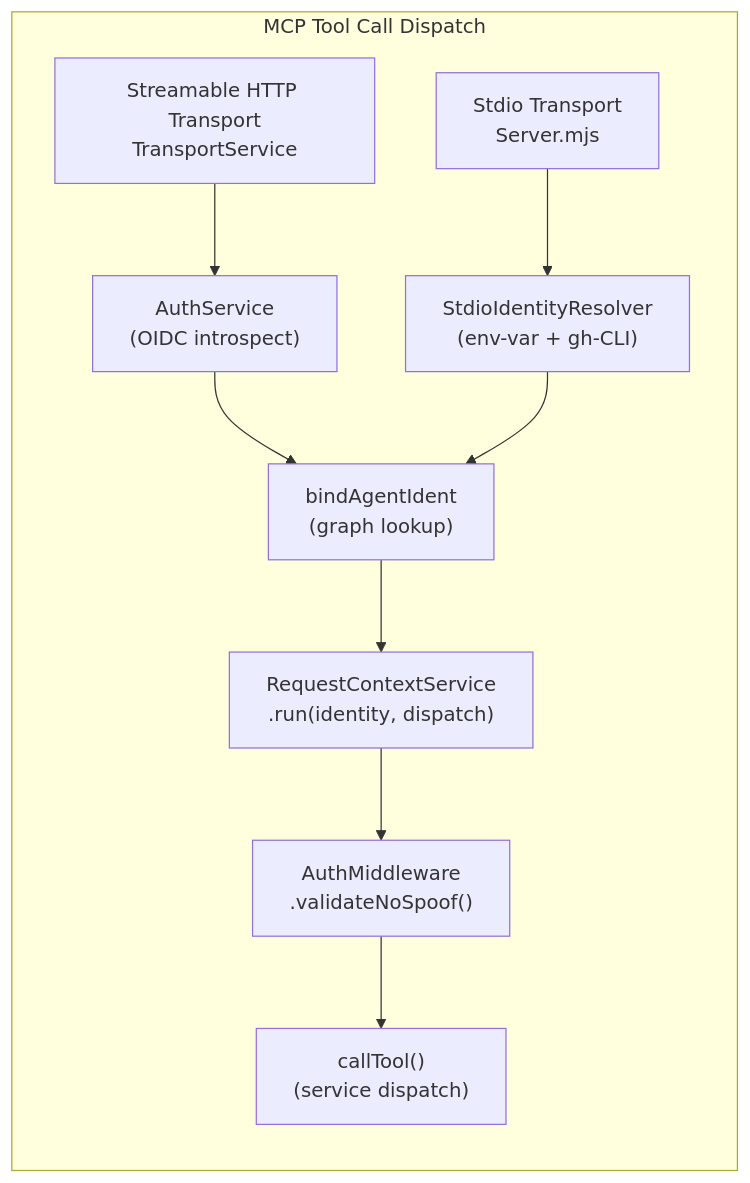
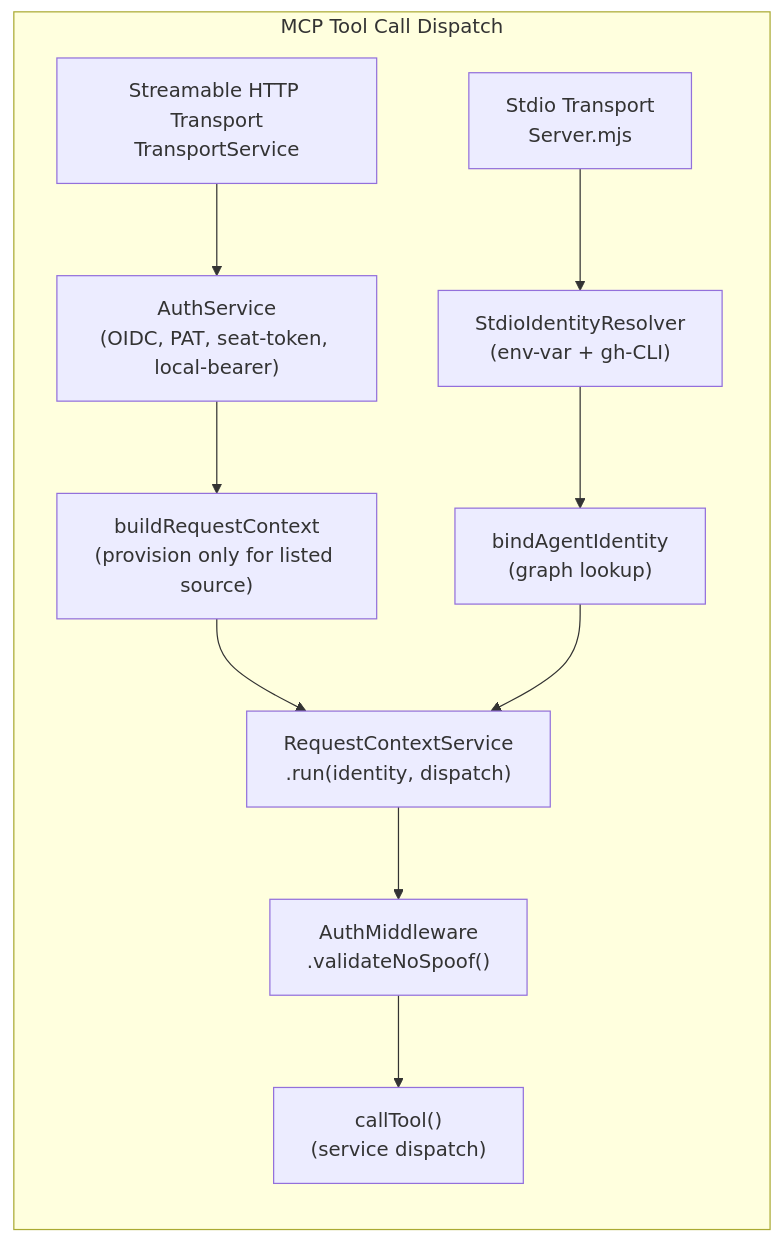
One commit to neomjs/neo-agent-brain changed the diagram in learn/agentos/tooling/MemoryCoreMcpAuth.md. Above: the diagram before and after it, drawn with Mermaid. The commit also changed other lines of this file, not shown here.

Commit message:
docs(memory-core): align auth reference with credential identity (#708) (#709)

````diff
--- a/learn/agentos/tooling/MemoryCoreMcpAuth.md
+++ b/learn/agentos/tooling/MemoryCoreMcpAuth.md
@@ -243,32 +252,34 @@
 ```mermaid
 flowchart TD
     subgraph MCP ["MCP Tool Call Dispatch"]
         direction TD
 
         HTTP["Streamable HTTP Transport\nTransportService"]
         STDIO["Stdio Transport\nServer.mjs"]
 
-        AuthSvc["AuthService\n(OIDC introspect)"]
+        AuthSvc["AuthService\n(OIDC, PAT, seat-token, local-bearer)"]
         StdioRes["StdioIdentityResolver\n(env-var + gh-CLI)"]
 
         HTTP --> AuthSvc
         STDIO --> StdioRes
 
-        Bind["bindAgentIdent\n(graph lookup)"]
+        RequestBuild["buildRequestContext\n(provision only for listed source)"]
+        AuthSvc --> RequestBuild
 
-        AuthSvc --> Bind
+        Bind["bindAgentIdentity\n(graph lookup)"]
         StdioRes --> Bind
 
         ReqCtx["RequestContextService\n.run(identity, dispatch)"]
 
+        RequestBuild --> ReqCtx
         Bind --> ReqCtx
 
         AuthMid["AuthMiddleware\n.validateNoSpoof()"]
 
         ReqCtx --> AuthMid
 
         CallTool["callTool()\n(service dispatch)"]
 
         AuthMid --> CallTool
     end
 ```
````
